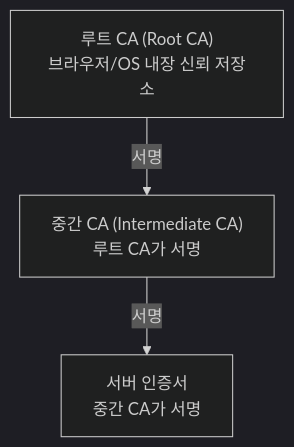
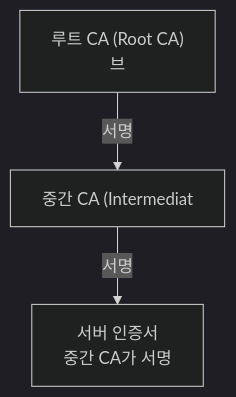
The third of 7 diagrams in _posts/network/2026-05-03-https-tls.md (yjkim2015/yjkim2015.github.io), drawn with Mermaid (dark theme) before and after one commit. The commit also changed other lines of this file and 271 other files, not shown here.

First line of the commit message:
Mermaid 라벨 축소: 긴 노드 텍스트 18자 이하로 트림 + \n 제거

````diff
--- a/_posts/network/2026-05-03-https-tls.md
+++ b/_posts/network/2026-05-03-https-tls.md
@@ -110,8 +110,8 @@
 ```mermaid
 graph TD
-    Root["루트 CA (Root CA)\n브라우저/OS 내장 신뢰 저장소"]
-    Inter["중간 CA (Intermediate CA)\n루트 CA가 서명"]
+    Root["루트 CA (Root CA)\n브"]
+    Inter["중간 CA (Intermediat"]
     Server["서버 인증서\n중간 CA가 서명"]
     Root -->|"서명"| Inter
     Inter -->|"서명"| Server
 ```
````
